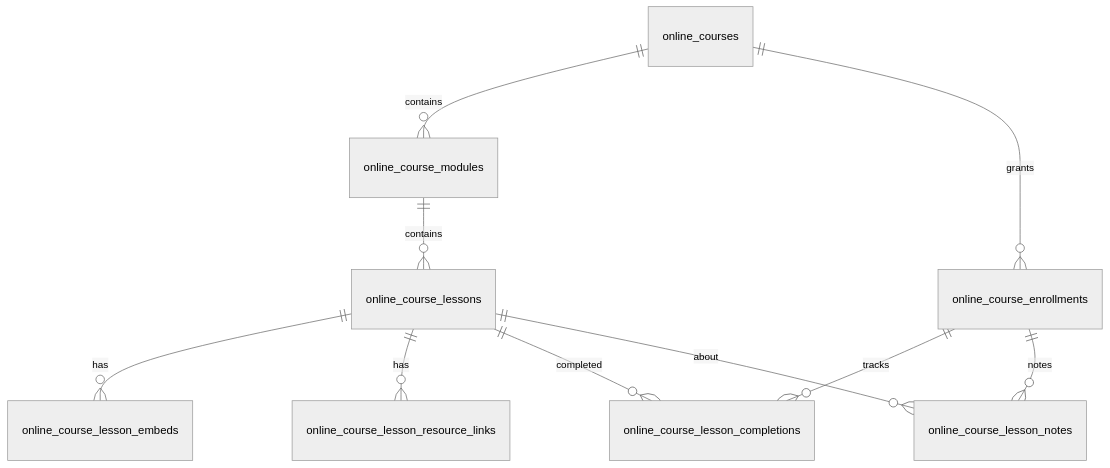
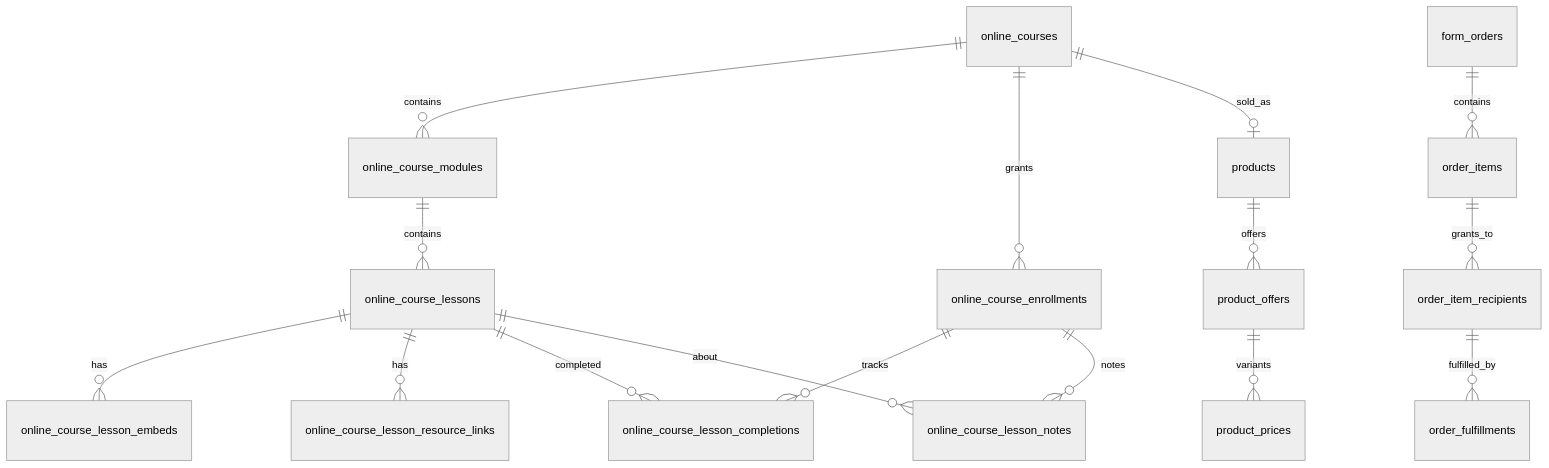
One commit to hostnetwg/pneadm-bootstrap changed the diagram in docs/ONLINE-COURSES.md. Above: the diagram before and after it, drawn with Mermaid (neutral theme). The commit also changed other lines of this file and 62 other files, not shown here.

````diff
--- a/docs/ONLINE-COURSES.md
+++ b/docs/ONLINE-COURSES.md
@@ -46,12 +54,18 @@
 ```mermaid
 erDiagram
     online_courses ||--o{ online_course_modules : contains
     online_course_modules ||--o{ online_course_lessons : contains
     online_course_lessons ||--o{ online_course_lesson_embeds : has
     online_course_lessons ||--o{ online_course_lesson_resource_links : has
     online_courses ||--o{ online_course_enrollments : grants
     online_course_enrollments ||--o{ online_course_lesson_completions : tracks
     online_course_enrollments ||--o{ online_course_lesson_notes : notes
     online_course_lessons ||--o{ online_course_lesson_completions : completed
     online_course_lessons ||--o{ online_course_lesson_notes : about
+    online_courses ||--o| products : sold_as
+    products ||--o{ product_offers : offers
+    product_offers ||--o{ product_prices : variants
+    form_orders ||--o{ order_items : contains
+    order_items ||--o{ order_item_recipients : grants_to
+    order_item_recipients ||--o{ order_fulfillments : fulfilled_by
 ```
````
